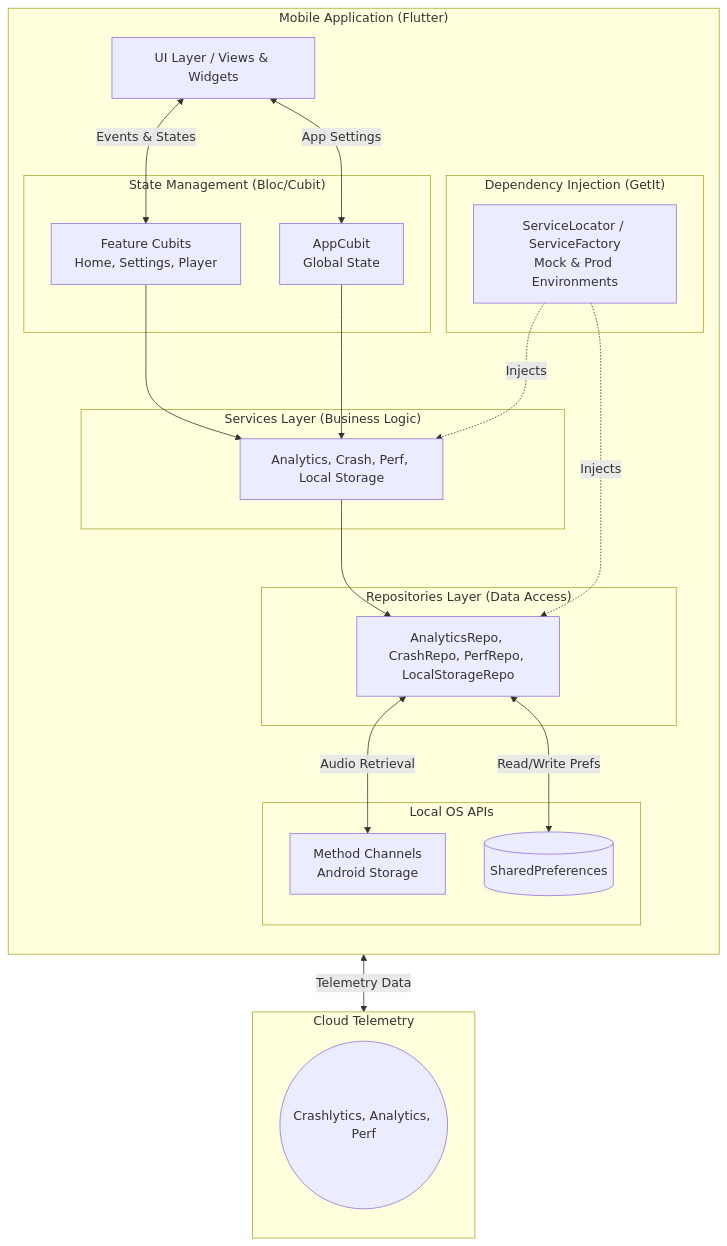
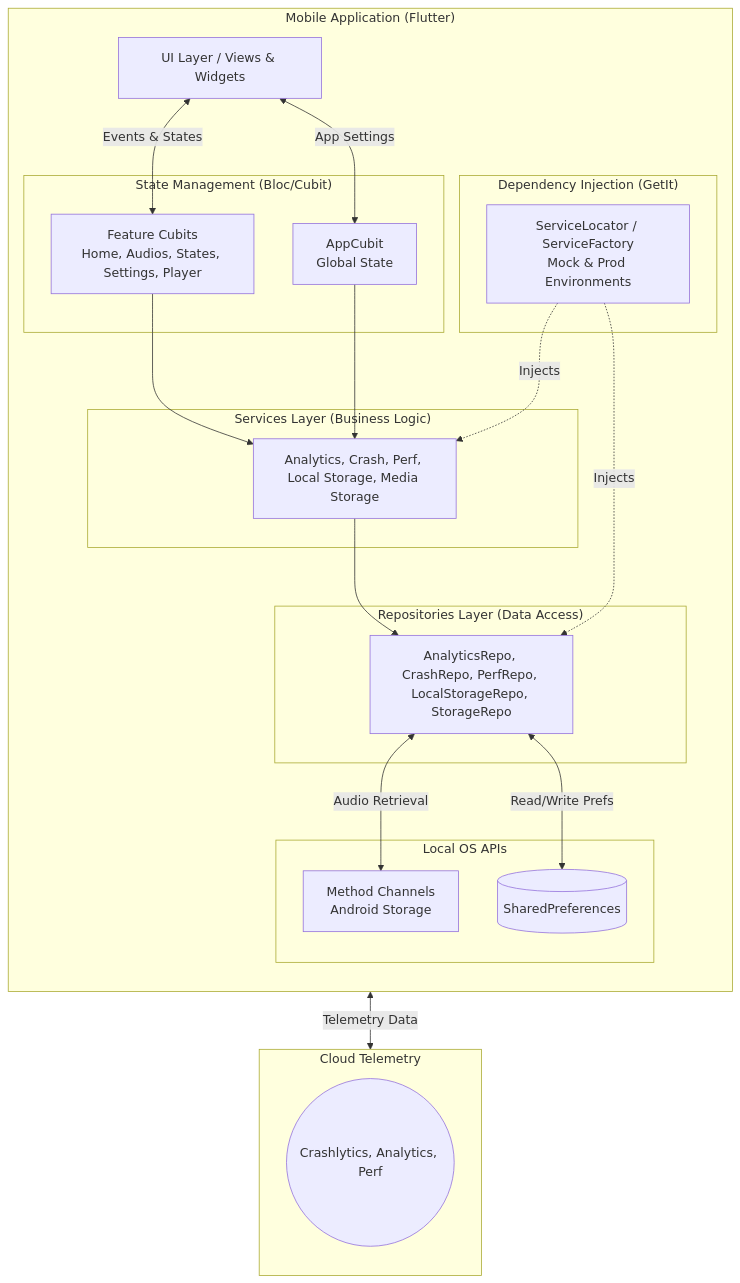
The diagram in README.md (Piero16301/Ghost_Play), drawn with Mermaid before and after one commit. The commit also changed other lines of this file and 74 other files, not shown here.

First line of the commit message:
Add storage service & states support

````diff
--- a/README.md
+++ b/README.md
@@ -33,50 +33,50 @@
 ```mermaid
 flowchart TD
   subgraph "Mobile Application (Flutter)"
     direction TB
     UI[UI Layer / Views & Widgets]
     
     subgraph "State Management (Bloc/Cubit)"
       AppCubit[AppCubit<br>Global State]
-      FeatureCubits[Feature Cubits<br>Home, Settings, Player]
+      FeatureCubits[Feature Cubits<br>Home, Audios, States, Settings, Player]
     end
     
     subgraph "Services Layer (Business Logic)"
-      AppServices[Analytics, Crash, Perf, Local Storage]
+      AppServices[Analytics, Crash, Perf, Local Storage, Media Storage]
     end
 
     subgraph "Repositories Layer (Data Access)"
-      AppRepos[AnalyticsRepo, CrashRepo, PerfRepo, LocalStorageRepo]
+      AppRepos[AnalyticsRepo, CrashRepo, PerfRepo, LocalStorageRepo, StorageRepo]
     end
     
     subgraph "Dependency Injection (GetIt)"
       DI[ServiceLocator / ServiceFactory<br>Mock & Prod Environments]
     end
     
     subgraph "Local OS APIs"
       NativeChannel[Method Channels<br>Android Storage]
       SharedPrefs[(SharedPreferences)]
     end
   end
 
   %% Internal App Flow
   UI <-->|Events & States| FeatureCubits
   UI <-->|App Settings| AppCubit
   
   FeatureCubits --> AppServices
   AppCubit --> AppServices
   
   AppServices --> AppRepos
   DI -.->|Injects| AppServices
   DI -.->|Injects| AppRepos
   
   AppRepos <-->|Read/Write Prefs| SharedPrefs
   AppRepos <-->|Audio Retrieval| NativeChannel
   
   subgraph "Cloud Telemetry"
     direction TB
     FirebaseTelemetry((Crashlytics, Analytics, Perf))
   end
 
   AppRepos <-->|Telemetry Data| FirebaseTelemetry
 ```
````
